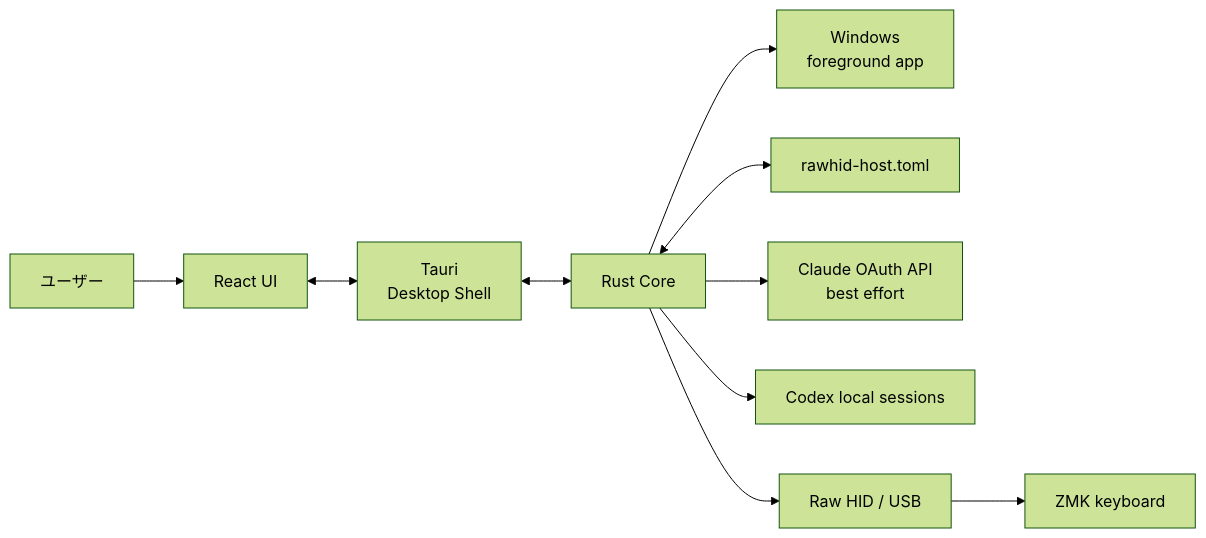
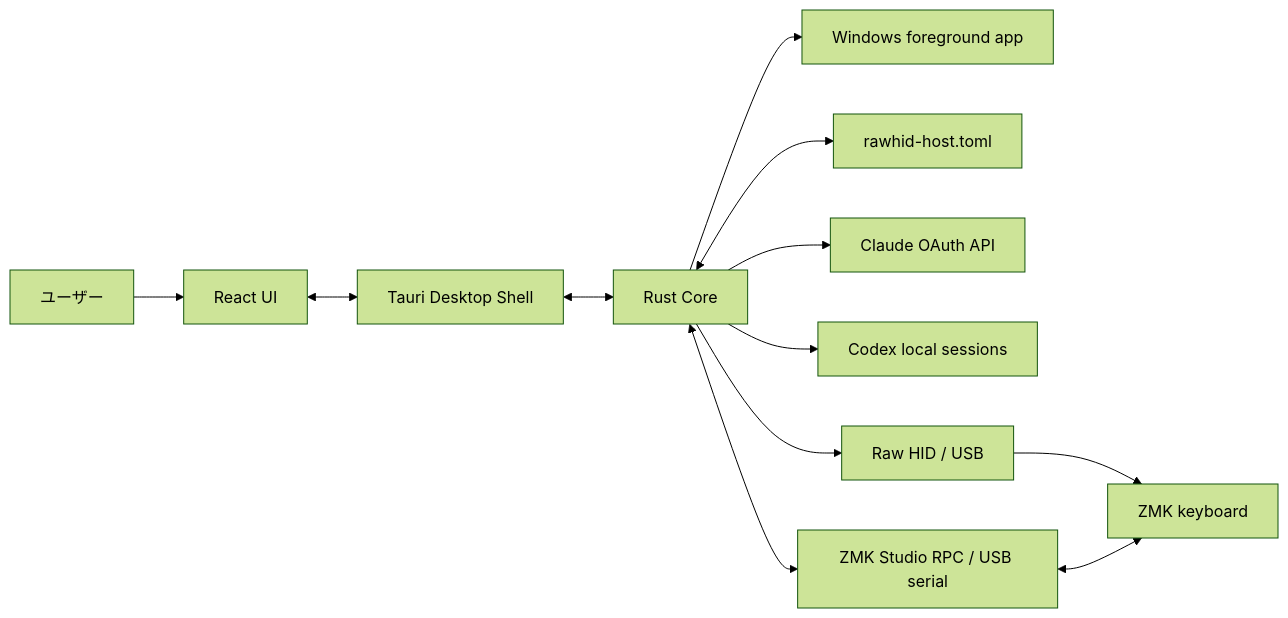
One commit to hrmt-lab/Keylink-Studio changed the first of 4 diagrams in docs/technology-overview.md. Above: the diagram before and after it, drawn with Mermaid (forest theme). The commit also changed other lines of this file and 15 other files, not shown here.

````diff
--- a/docs/technology-overview.md
+++ b/docs/technology-overview.md
@@ -20,12 +23,14 @@
 ```mermaid
 flowchart LR
     User["ユーザー"] --> UI["React UI"]
-    UI <--> Tauri["Tauri<br>Desktop Shell"]
+    UI <--> Tauri["Tauri Desktop Shell"]
     Tauri <--> Rust["Rust Core"]
-    Rust --> Windows["Windows<br>foreground app"]
+    Rust --> Windows["Windows foreground app"]
     Rust <--> Config["rawhid-host.toml"]
-    Rust --> Claude["Claude OAuth API<br>best effort"]
+    Rust --> Claude["Claude OAuth API"]
     Rust --> Codex["Codex local sessions"]
-    Rust --> USB["Raw HID / USB"]
-    USB --> Keyboard["ZMK keyboard"]
+    Rust --> HID["Raw HID / USB"]
+    HID --> Keyboard["ZMK keyboard"]
+    Rust <--> Studio["ZMK Studio RPC / USB serial"]
+    Studio <--> Keyboard
 ```
````
